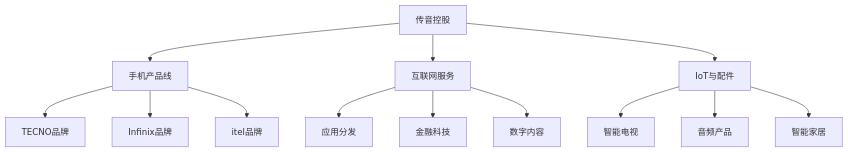
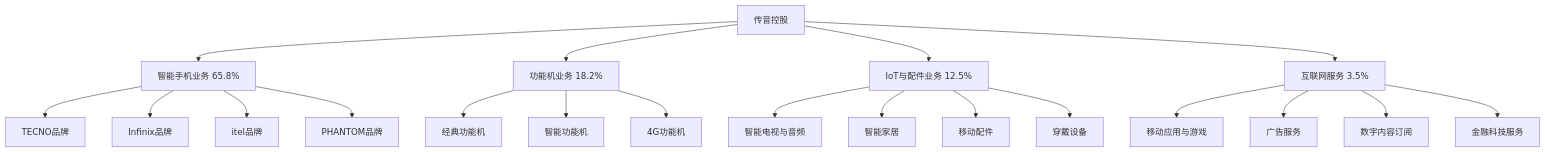
Before and after one commit to amcoimg/my-digital-garden: the diagram in src/site/notes/知识共享/跨境行业相关上市公司最新解读/2-跨境品牌出海/2025Q1_传音控股分析.md, drawn with Mermaid. The commit also changed other lines of this file and 10 other files, not shown here.

````diff
--- a/src/site/notes/知识共享/跨境行业相关上市公司最新解读/2-跨境品牌出海/2025Q1_传音控股分析.md
+++ b/src/site/notes/知识共享/跨境行业相关上市公司最新解读/2-跨境品牌出海/2025Q1_传音控股分析.md
@@ -72,18 +53,22 @@
 ```mermaid
 graph TD
-    A[传音控股] --> B[手机产品线]
-    A --> C[互联网服务]
-    A --> D[IoT与配件]
-    
-    B --> B1[TECNO品牌]
-    B --> B2[Infinix品牌]
-    B --> B3[itel品牌]
-    
-    C --> C1[应用分发]
-    C --> C2[金融科技]
-    C --> C3[数字内容]
-    
-    D --> D1[智能电视]
-    D --> D2[音频产品]
-    D --> D3[智能家居]
+    A[传音控股] --> B[智能手机业务 65.8%]
+    A --> C[功能机业务 18.2%]
+    A --> D[IoT与配件业务 12.5%]
+    A --> E[互联网服务 3.5%]
+    B --> F[TECNO品牌]
+    B --> G[Infinix品牌]
+    B --> H[itel品牌]
+    B --> I[PHANTOM品牌]
+    C --> J[经典功能机]
+    C --> K[智能功能机]
+    C --> L[4G功能机]
+    D --> M[智能电视与音频]
+    D --> N[智能家居]
+    D --> O[移动配件]
+    D --> P[穿戴设备]
+    E --> Q[移动应用与游戏]
+    E --> R[广告服务]
+    E --> S[数字内容订阅]
+    E --> T[金融科技服务]
 ```
````
